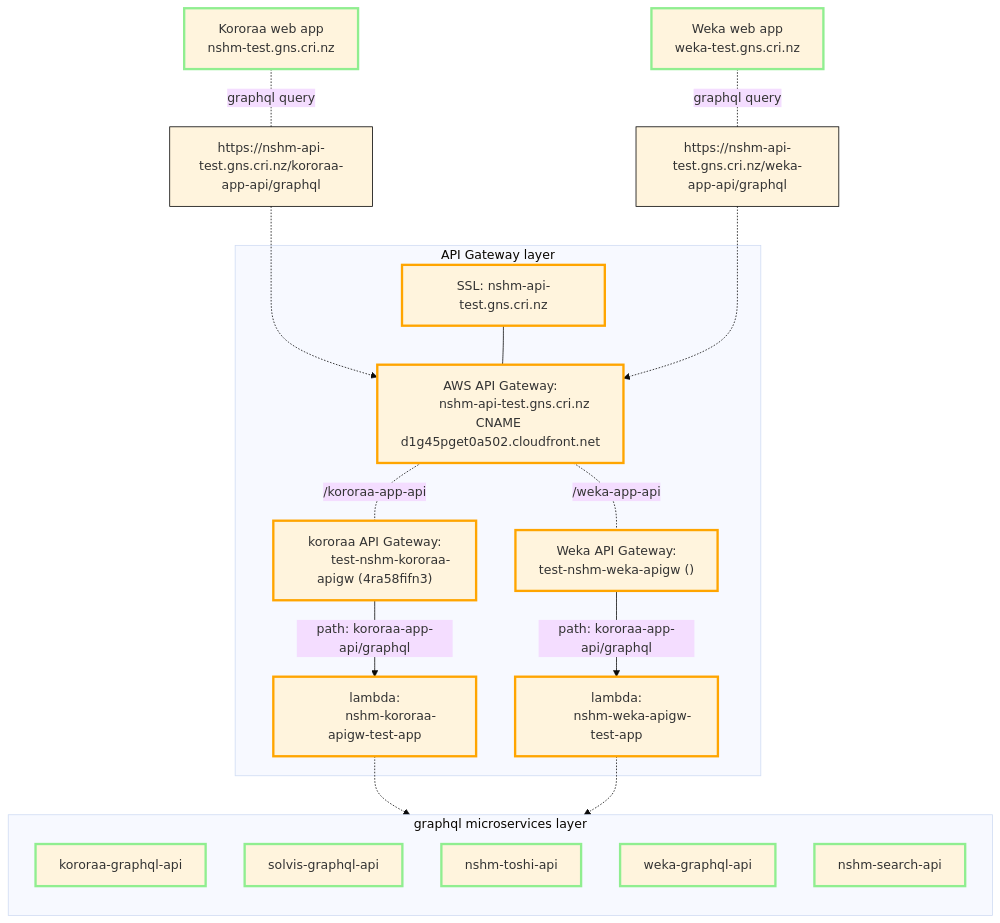
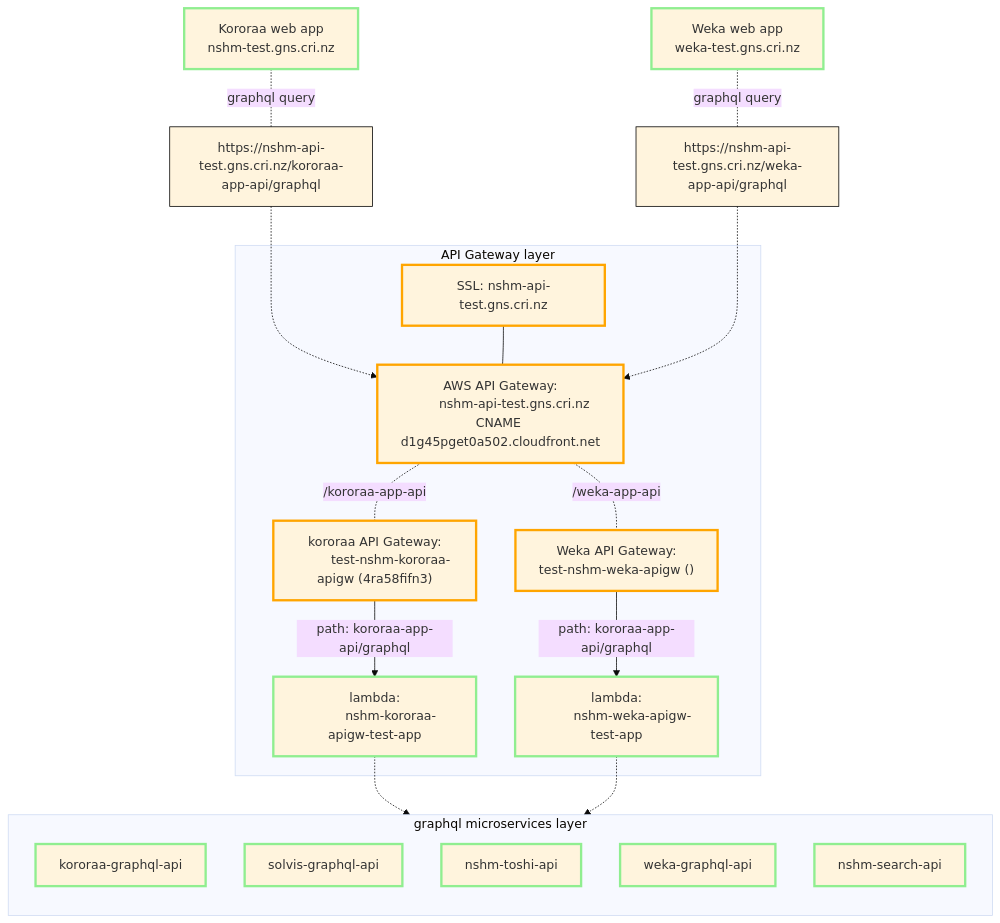
One commit to GNS-Science/nzshm-documentation changed the diagram in docs/architecture/api_gateway_deployments.md. Above: the diagram before and after it, drawn with Mermaid (base theme). The commit also changed 3 other files, not shown here.

````diff
--- a/docs/architecture/api_gateway_deployments.md
+++ b/docs/architecture/api_gateway_deployments.md
@@ -3,58 +3,58 @@
 ```mermaid
 graph TD
     classDef nshm stroke:lightgreen, stroke-width:3px
     classDef AWS stroke:orange, stroke-width:3px
     classDef SVC stroke:powderblue, stroke-width:3px
     classDef note stroke:black, stroke-width:1px
     
     K["Kororaa web app
     nshm-test.gns.cri.nz"]:::nshm
     NB["https://nshm-api-test.gns.cri.nz/kororaa-app-api/graphql"]:::note 
 
     W["Weka web app
         weka-test.gns.cri.nz"]:::nshm
     NB3["https://nshm-api-test.gns.cri.nz/weka-app-api/graphql"]:::note 
 
     subgraph GW["API Gateway layer"]
 
         SSL["SSL: nshm-api-test.gns.cri.nz"]:::AWS
         
         Z["AWS API Gateway:
         nshm-api-test.gns.cri.nz CNAME d1g45pget0a502.cloudfront.net"]:::AWS
 
         Z -.-|/kororaa-app-api| A
         Z -.-|/weka-app-api| C
 
         A["kororaa API Gateway:
         test-nshm-kororaa-apigw (4ra58fifn3)"]:::AWS
         F0["lambda:
-        nshm-kororaa-apigw-test-app"]:::AWS
+        nshm-kororaa-apigw-test-app"]:::nshm
 
         C["Weka API Gateway:
         test-nshm-weka-apigw ()"]:::AWS
         F2["lambda:
-        nshm-weka-apigw-test-app"]:::AWS
+        nshm-weka-apigw-test-app"]:::nshm
 
         A -->|path: kororaa-app-api/graphql| F0 
         C -->|path: kororaa-app-api/graphql| F2
 
     end
     K -.-|graphql query| NB -..-> Z
     SSL --- Z 
     W -.-|graphql query| NB3 -..-> Z
 
     subgraph SUP["graphql microservices layer"]
         direction TB
 
         K-API[kororaa-graphql-api]:::nshm
         S-API[solvis-graphql-api]:::nshm
         T-API[nshm-toshi-api]:::nshm
         W-API[weka-graphql-api]:::nshm
         Q-API[nshm-search-api]:::nshm
                             
     end
 
     F0 -.-> SUP
     F2 -.-> SUP
 
 ```
````
